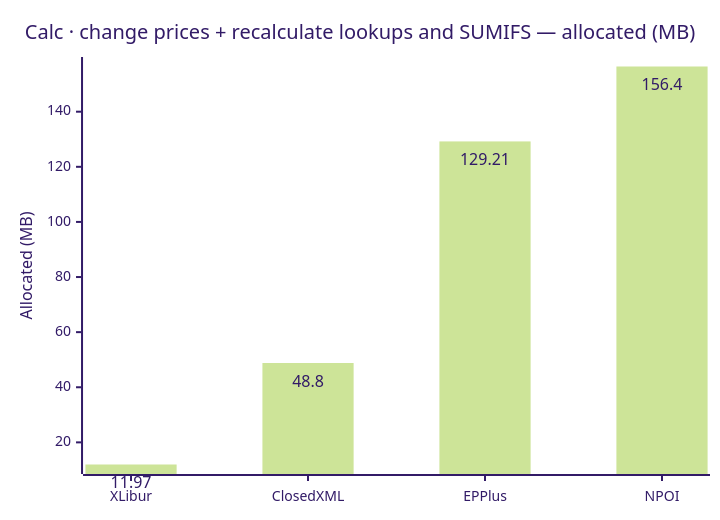
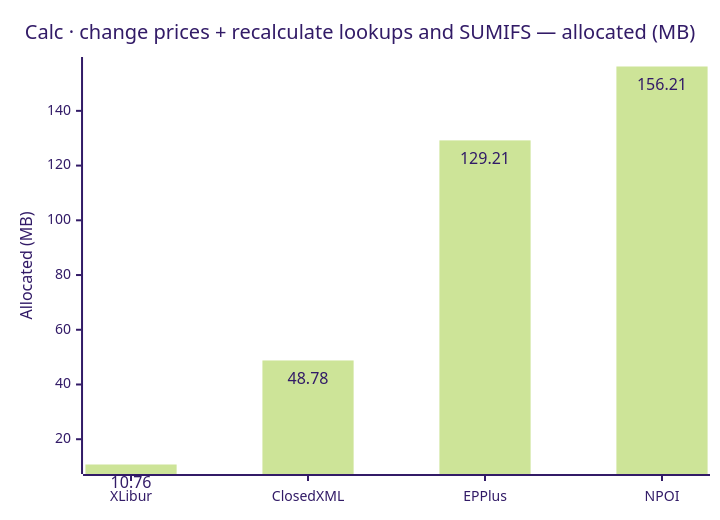
Diagram 16 of 18 in docs/results.md (jafin/XLBench), drawn with Mermaid (forest theme) before and after one commit. The commit also changed other lines of this file and 5 other files, not shown here.

````diff
--- a/docs/results.md
+++ b/docs/results.md
@@ -237,12 +237,12 @@
 ```mermaid
 ---
 config:
   xyChart:
     showDataLabel: true
 ---
 xychart-beta
     title "Calc · change prices + recalculate lookups and SUMIFS — allocated (MB)"
     x-axis ["XLibur", "ClosedXML", "EPPlus", "NPOI"]
     y-axis "Allocated (MB)"
-    bar [11.97, 48.8, 129.21, 156.4]
+    bar [10.76, 48.78, 129.21, 156.21]
 ```
````
